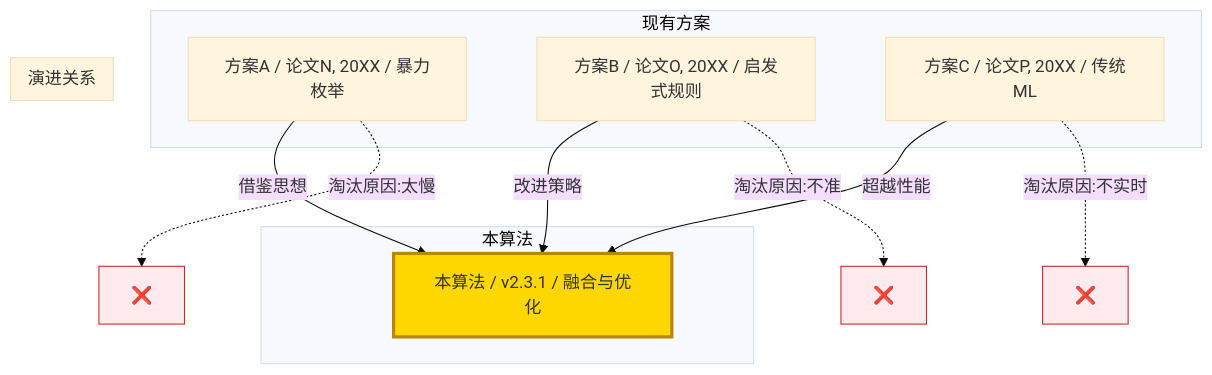
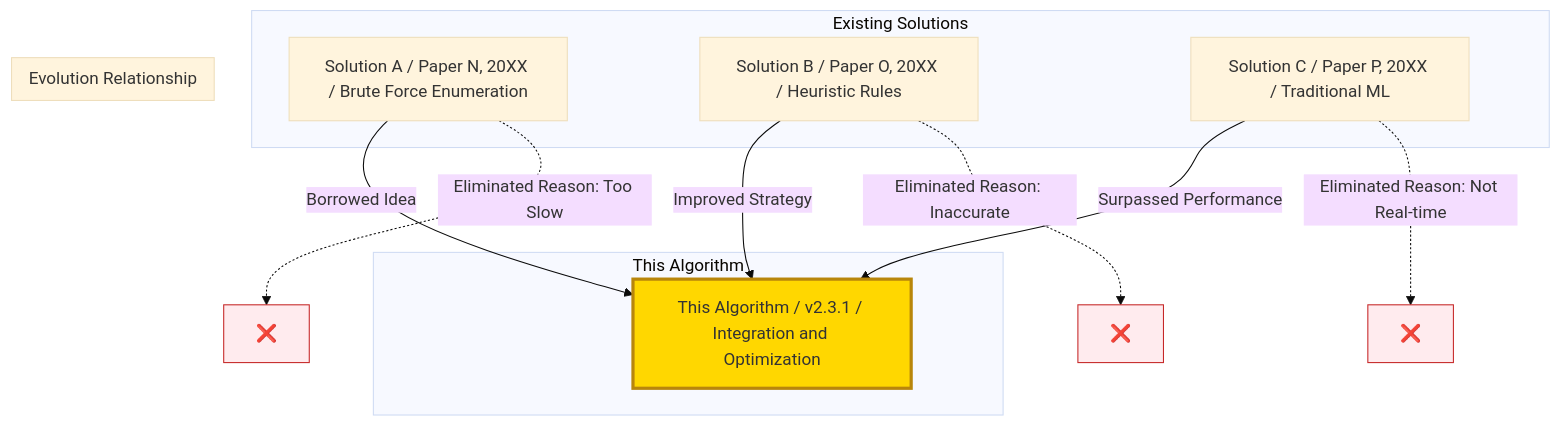
Before and after one commit to Kirky-X/cangjie: the third of 10 diagrams in templates/产品/技术层/【模板】核心算法文档.md, drawn with Mermaid (base theme). The commit also changed other lines of this file and 46 other files, not shown here.

````diff
--- a/templates/产品/技术层/【模板】核心算法文档.md
+++ b/templates/产品/技术层/【模板】核心算法文档.md
@@ -237,27 +237,27 @@
 ```mermaid
 graph TB
-    subgraph 现有方案
-        O1[方案A / 论文N, 20XX / 暴力枚举]
-        O2[方案B / 论文O, 20XX / 启发式规则]
-        O3[方案C / 论文P, 20XX / 传统ML]
+    subgraph Existing Solutions
+        O1[Solution A / Paper N, 20XX / Brute Force Enumeration]
+        O2[Solution B / Paper O, 20XX / Heuristic Rules]
+        O3[Solution C / Paper P, 20XX / Traditional ML]
     end
 
-    subgraph 本算法
-        NEW[本算法 / v2.3.1 / 融合与优化]
+    subgraph This Algorithm
+        NEW[This Algorithm / v2.3.1 / Integration and Optimization]
     end
 
-    subgraph 演进关系
-        O1 -->|借鉴思想| NEW
-        O2 -->|改进策略| NEW
-        O3 -->|超越性能| NEW
+    subgraph Evolution Relationship
+        O1 -->|Borrowed Idea| NEW
+        O2 -->|Improved Strategy| NEW
+        O3 -->|Surpassed Performance| NEW
     end
 
-    O1 -.->|淘汰原因:太慢| X1[❌]
-    O2 -.->|淘汰原因:不准| X2[❌]
-    O3 -.->|淘汰原因:不实时| X3[❌]
+    O1 -.->|Eliminated Reason: Too Slow| X1[❌]
+    O2 -.->|Eliminated Reason: Inaccurate| X2[❌]
+    O3 -.->|Eliminated Reason: Not Real-time| X3[❌]
 
     style NEW fill:#ffd700,stroke:#b8860b,stroke-width:3px
     style X1 fill:#ffebee,stroke:#c62828
     style X2 fill:#ffebee,stroke:#c62828
     style X3 fill:#ffebee,stroke:#c62828
 ```
````
